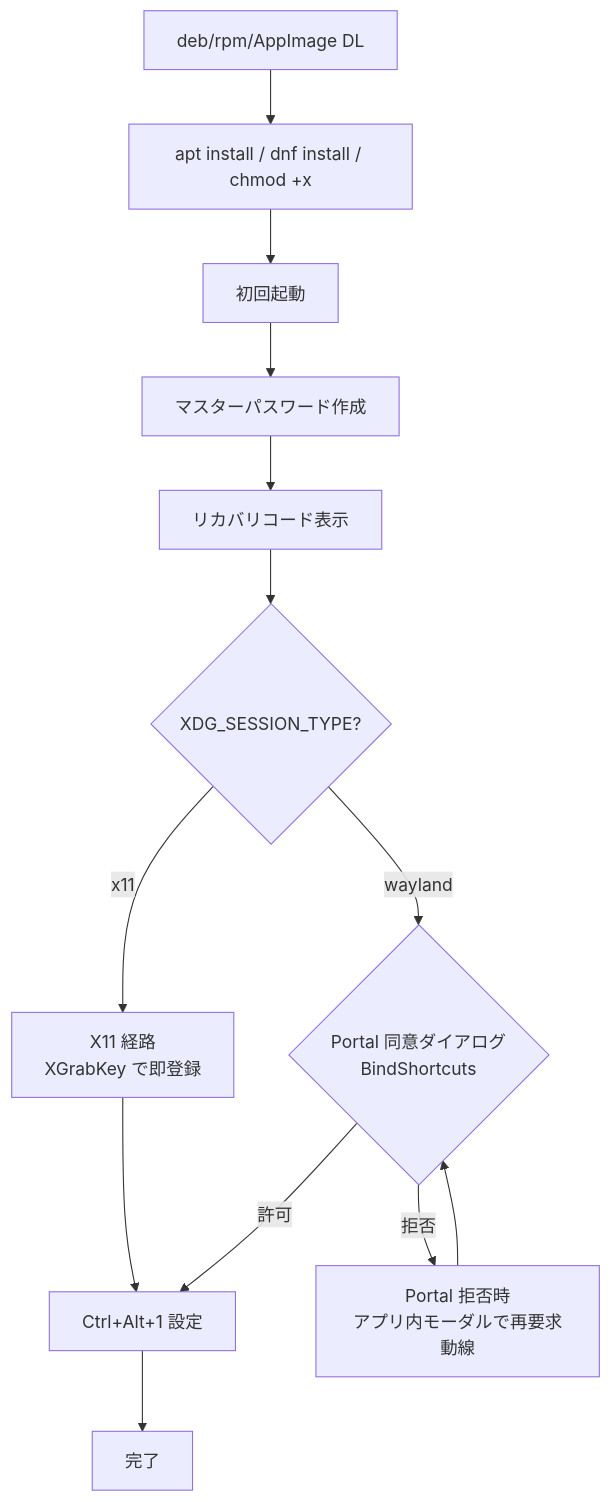
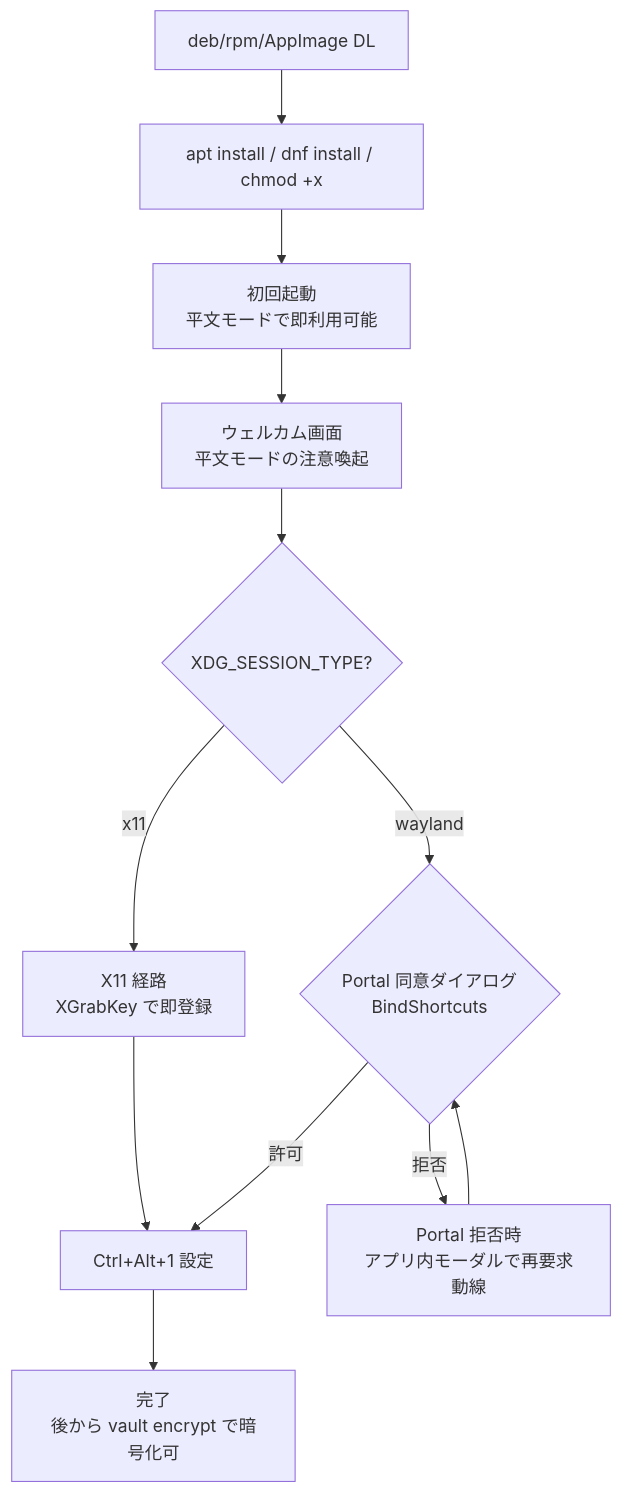
One commit to shikomi-dev/shikomi changed the fourth of 5 diagrams in docs/architecture/environment-diff.md. Above: the diagram before and after it, drawn with Mermaid. The commit also changed other lines of this file and 3 other files, not shown here.

First line of the commit message:
docs(architecture): vault 保護のデフォルトを平文化、暗号化をオプトインに変更

````diff
--- a/docs/architecture/environment-diff.md
+++ b/docs/architecture/environment-diff.md
@@ -180,21 +181,20 @@
 ```mermaid
 flowchart TB
     DL[deb/rpm/AppImage DL]
     Install[apt install / dnf install / chmod +x]
-    First[初回起動]
-    MasterSet[マスターパスワード作成]
-    Recovery[リカバリコード表示]
+    First[初回起動<br/>平文モードで即利用可能]
+    Welcome[ウェルカム画面<br/>平文モードの注意喚起]
     Session{XDG_SESSION_TYPE?}
     X11Path[X11 経路<br/>XGrabKey で即登録]
     WaylandPortal{Portal 同意ダイアログ<br/>BindShortcuts}
     WaylandDeny[Portal 拒否時<br/>アプリ内モーダルで再要求動線]
     HotkeySetup[Ctrl+Alt+1 設定]
-    Done[完了]
+    Done[完了<br/>後から vault encrypt で暗号化可]
 
-    DL --> Install --> First --> MasterSet --> Recovery --> Session
+    DL --> Install --> First --> Welcome --> Session
     Session -- x11 --> X11Path --> HotkeySetup
     Session -- wayland --> WaylandPortal
     WaylandPortal -- 許可 --> HotkeySetup
     WaylandPortal -- 拒否 --> WaylandDeny --> WaylandPortal
     HotkeySetup --> Done
 ```
````
